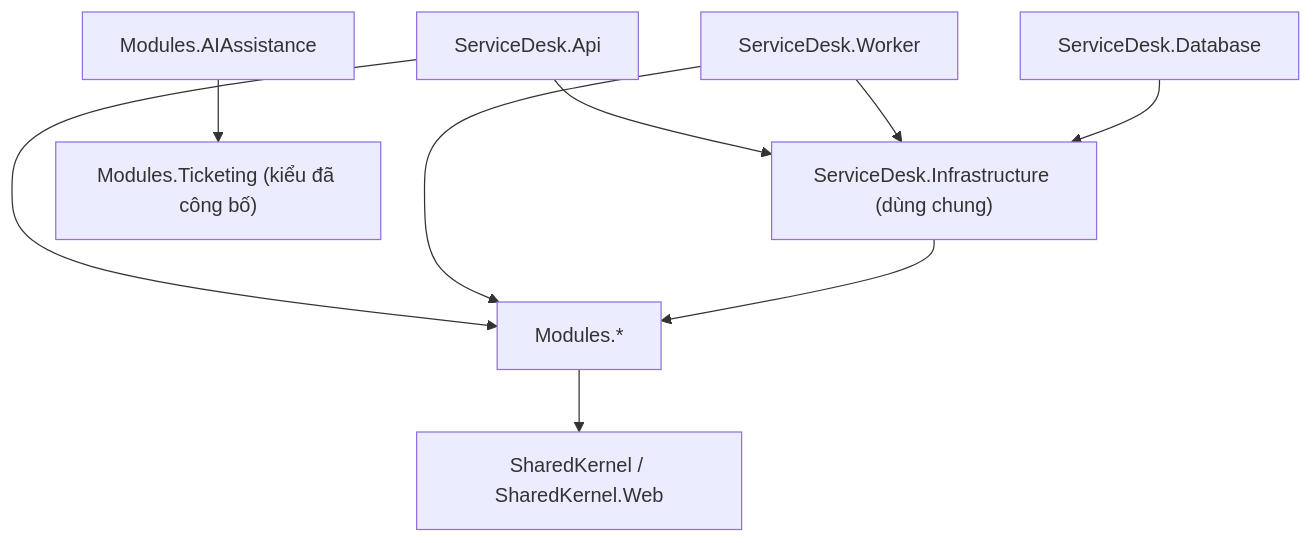
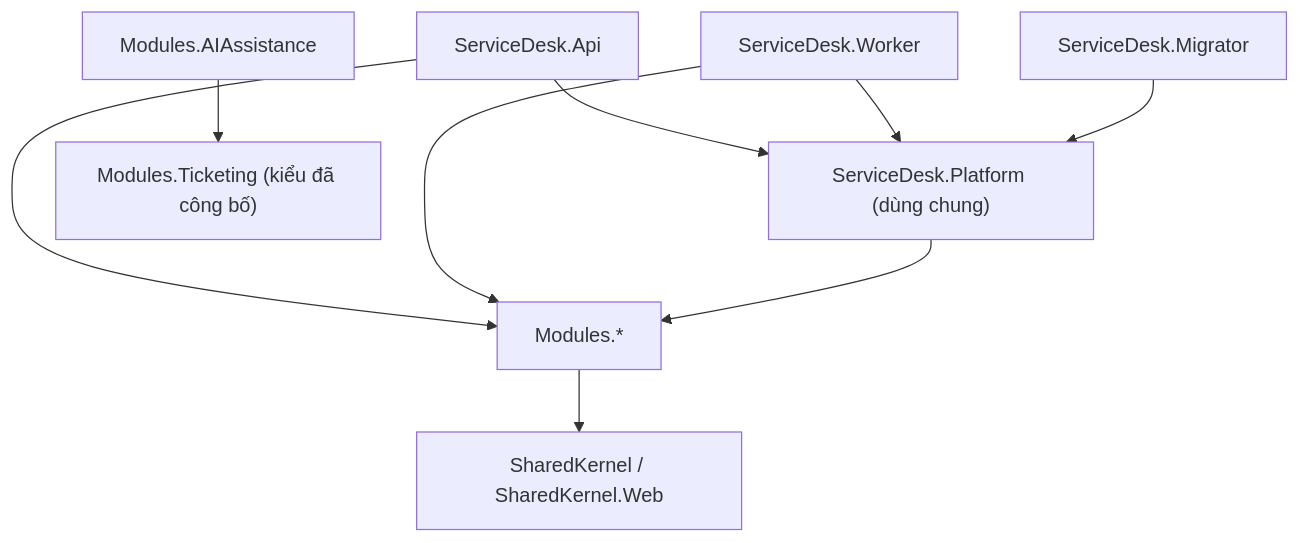
One commit to supportflow-ai/ai-it-service-desk changed the diagram in docs/adr/ADR-015-module-first-clean-architecture.md. Above: the diagram before and after it, drawn with Mermaid. The commit also changed other lines of this file and 9 other files, not shown here.

````diff
--- a/docs/adr/ADR-015-module-first-clean-architecture.md
+++ b/docs/adr/ADR-015-module-first-clean-architecture.md
@@ -36,11 +36,11 @@
 ```mermaid
 flowchart TD
-    Api["ServiceDesk.Api"] --> Infra["ServiceDesk.Infrastructure (dùng chung)"]
+    Api["ServiceDesk.Api"] --> Infra["ServiceDesk.Platform (dùng chung)"]
     Api --> Mods["Modules.*"]
     Worker["ServiceDesk.Worker"] --> Infra
     Worker --> Mods
-    Database["ServiceDesk.Database"] --> Infra
+    Database["ServiceDesk.Migrator"] --> Infra
     Infra --> Mods
     Mods --> SK["SharedKernel / SharedKernel.Web"]
     AI["Modules.AIAssistance"] --> Ticketing["Modules.Ticketing (kiểu đã công bố)"]
 ```
````
